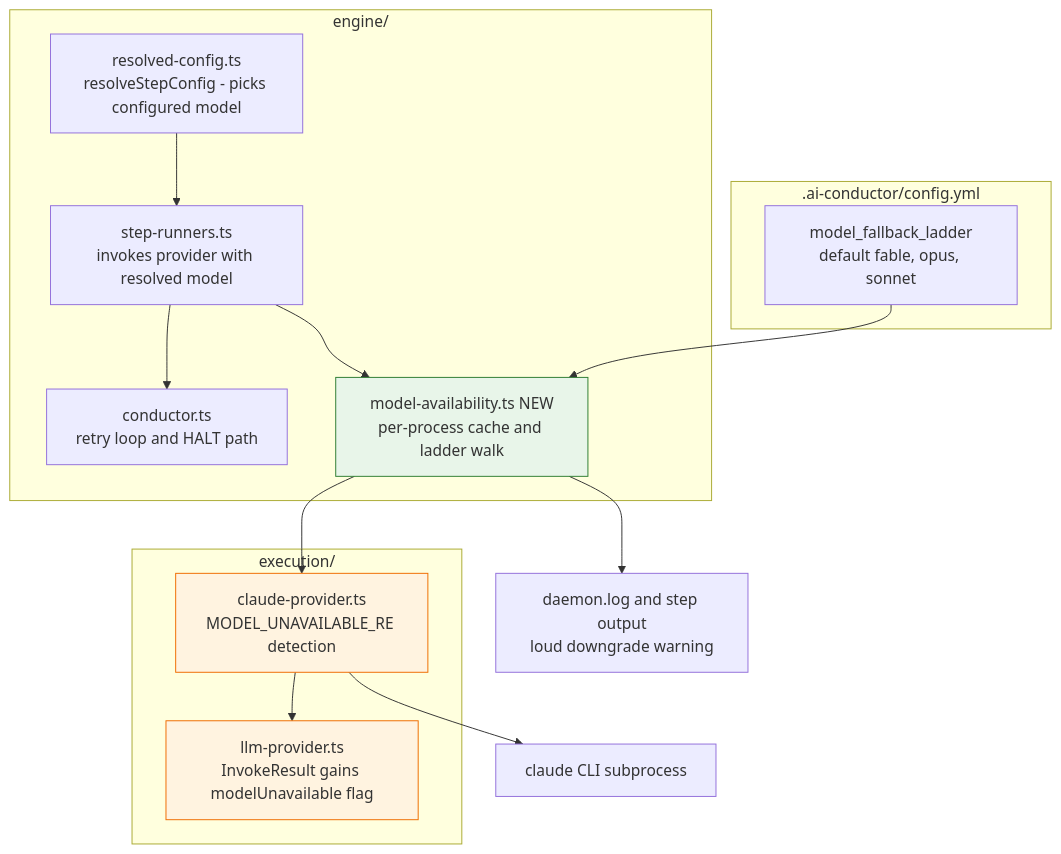
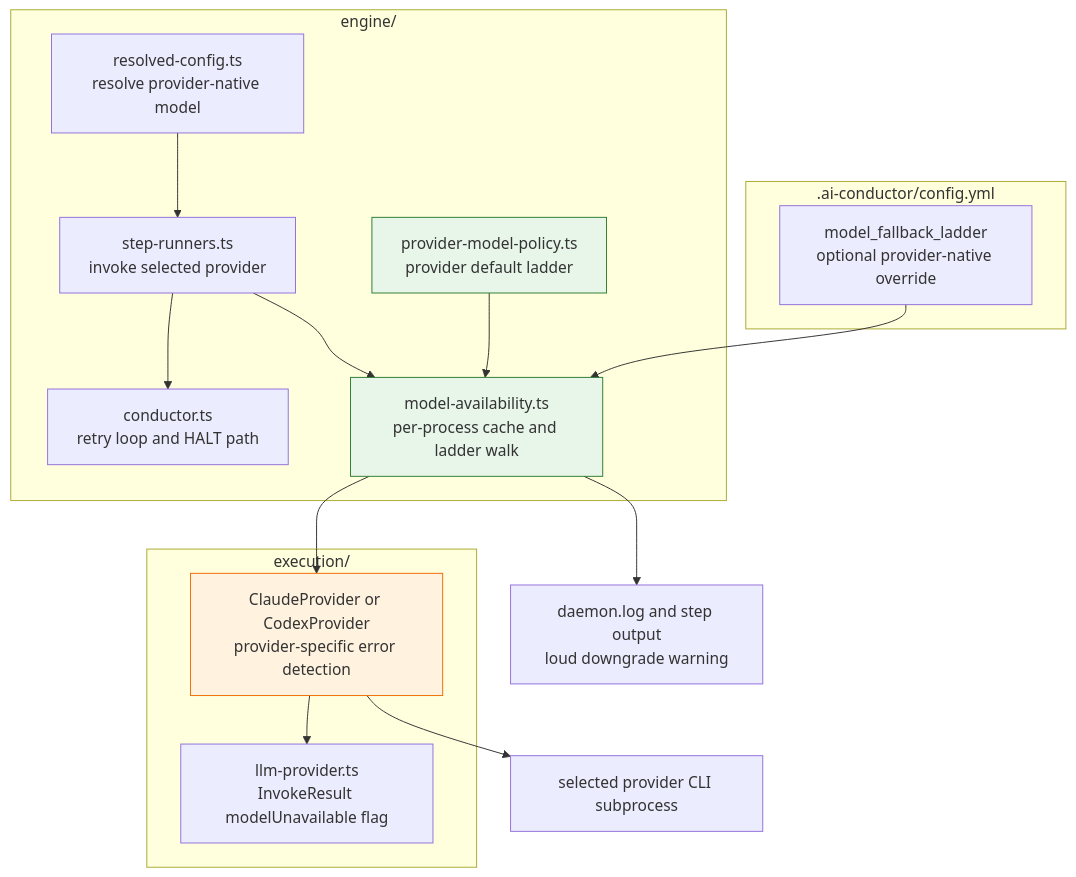
One commit to jstoup111/ai-conductor changed the first of 2 diagrams in .docs/architecture/model-availability-fallback-ladder.md. Above: the diagram before and after it, drawn with Mermaid. The commit also changed other lines of this file and 18 other files, not shown here.

Commit message:
docs: specify provider-aware model policy

````diff
--- a/.docs/architecture/model-availability-fallback-ladder.md
+++ b/.docs/architecture/model-availability-fallback-ladder.md
@@ -9,34 +10,36 @@
 ```mermaid
 graph TD
     subgraph config [".ai-conductor/config.yml"]
-        LADDER["model_fallback_ladder<br/>default fable, opus, sonnet"]
+        LADDER["model_fallback_ladder<br/>optional provider-native override"]
     end
 
     subgraph engine ["engine/"]
-        RC["resolved-config.ts<br/>resolveStepConfig - picks configured model"]
-        SR["step-runners.ts<br/>invokes provider with resolved model"]
+        PP["provider-model-policy.ts<br/>provider default ladder"]
+        RC["resolved-config.ts<br/>resolve provider-native model"]
+        SR["step-runners.ts<br/>invoke selected provider"]
         CT["conductor.ts<br/>retry loop and HALT path"]
-        MA["model-availability.ts NEW<br/>per-process cache and ladder walk"]
+        MA["model-availability.ts<br/>per-process cache and ladder walk"]
     end
 
     subgraph execution ["execution/"]
-        LP["llm-provider.ts<br/>InvokeResult gains modelUnavailable flag"]
-        CP["claude-provider.ts<br/>MODEL_UNAVAILABLE_RE detection"]
+        LP["llm-provider.ts<br/>InvokeResult modelUnavailable flag"]
+        SP["ClaudeProvider or CodexProvider<br/>provider-specific error detection"]
     end
 
-    CLI["claude CLI subprocess"]
+    CLI["selected provider CLI subprocess"]
     LOG["daemon.log and step output<br/>loud downgrade warning"]
 
     LADDER --> MA
+    PP --> MA
     RC --> SR
     SR --> MA
-    MA --> CP
-    CP --> CLI
-    CP --> LP
+    MA --> SP
+    SP --> CLI
+    SP --> LP
     MA --> LOG
     SR --> CT
 
+    style PP fill:#e8f5e9,stroke:#2e7d32
     style MA fill:#e8f5e9,stroke:#2e7d32
-    style CP fill:#fff3e0,stroke:#ef6c00
-    style LP fill:#fff3e0,stroke:#ef6c00
+    style SP fill:#fff3e0,stroke:#ef6c00
 ```
````
